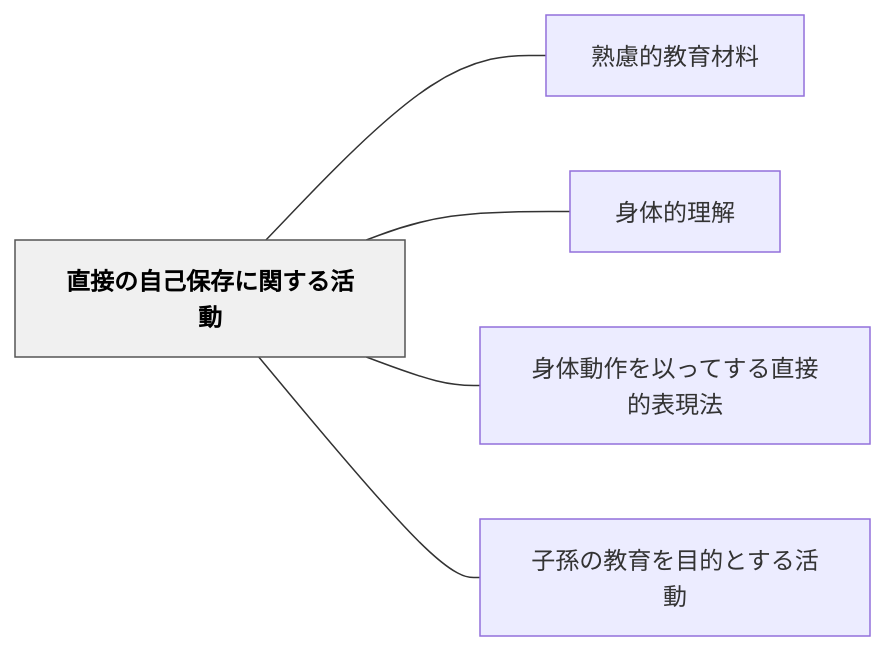
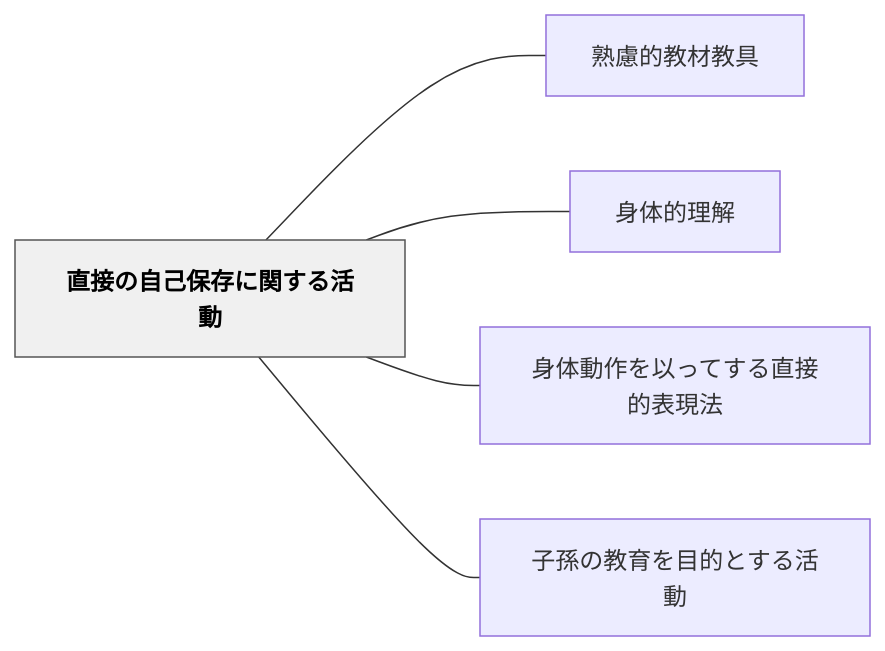
Before and after one commit to unknownthings-ed-patterns/unknownthings-ed-patterns: the diagram in content/パタン/直接の自己保存に関する活動.md, drawn with Mermaid. The commit also changed other lines of this file and 72 other files, not shown here.

````diff
--- a/content/パタン/直接の自己保存に関する活動.md
+++ b/content/パタン/直接の自己保存に関する活動.md
@@ -45,16 +45,16 @@
 ```mermaid
 flowchart LR
     ne79bb4e68ea5e381aee887aae5b7b1e4bf9de5ad98e381abe996a2e38199e3828be6b4bbe58b95["直接の自己保存に関する活動"]
-    ne7869fe685aee79a84e69599e882b2e69d90e69699["熟慮的教育材料"]
+    ne7869fe685aee79a84e69599e69d90e69599e585b7["熟慮的教材教具"]
     ne8baabe4bd93e79a84e79086e8a7a3["身体的理解"]
     ne8baabe4bd93e58b95e4bd9ce38292e4bba5e381a3e381a6e38199e3828be79bb4e68ea5e79a84e8a1a8e78fbee6b395["身体動作を以ってする直接的表現法"]
     ne5ad90e5adabe381aee69599e882b2e38292e79baee79a84e381a8e38199e3828be6b4bbe58b95["子孫の教育を目的とする活動"]
 
-    ne79bb4e68ea5e381aee887aae5b7b1e4bf9de5ad98e381abe996a2e38199e3828be6b4bbe58b95 --- ne7869fe685aee79a84e69599e882b2e69d90e69699
+    ne79bb4e68ea5e381aee887aae5b7b1e4bf9de5ad98e381abe996a2e38199e3828be6b4bbe58b95 --- ne7869fe685aee79a84e69599e69d90e69599e585b7
     ne79bb4e68ea5e381aee887aae5b7b1e4bf9de5ad98e381abe996a2e38199e3828be6b4bbe58b95 --- ne8baabe4bd93e79a84e79086e8a7a3
     ne79bb4e68ea5e381aee887aae5b7b1e4bf9de5ad98e381abe996a2e38199e3828be6b4bbe58b95 --- ne8baabe4bd93e58b95e4bd9ce38292e4bba5e381a3e381a6e38199e3828be79bb4e68ea5e79a84e8a1a8e78fbee6b395
     ne79bb4e68ea5e381aee887aae5b7b1e4bf9de5ad98e381abe996a2e38199e3828be6b4bbe58b95 --- ne5ad90e5adabe381aee69599e882b2e38292e79baee79a84e381a8e38199e3828be6b4bbe58b95
 
     classDef hub fill:#f0f0f0,stroke:#555,color:#000,font-weight:bold
     class ne79bb4e68ea5e381aee887aae5b7b1e4bf9de5ad98e381abe996a2e38199e3828be6b4bbe58b95 hub
 ```
````
